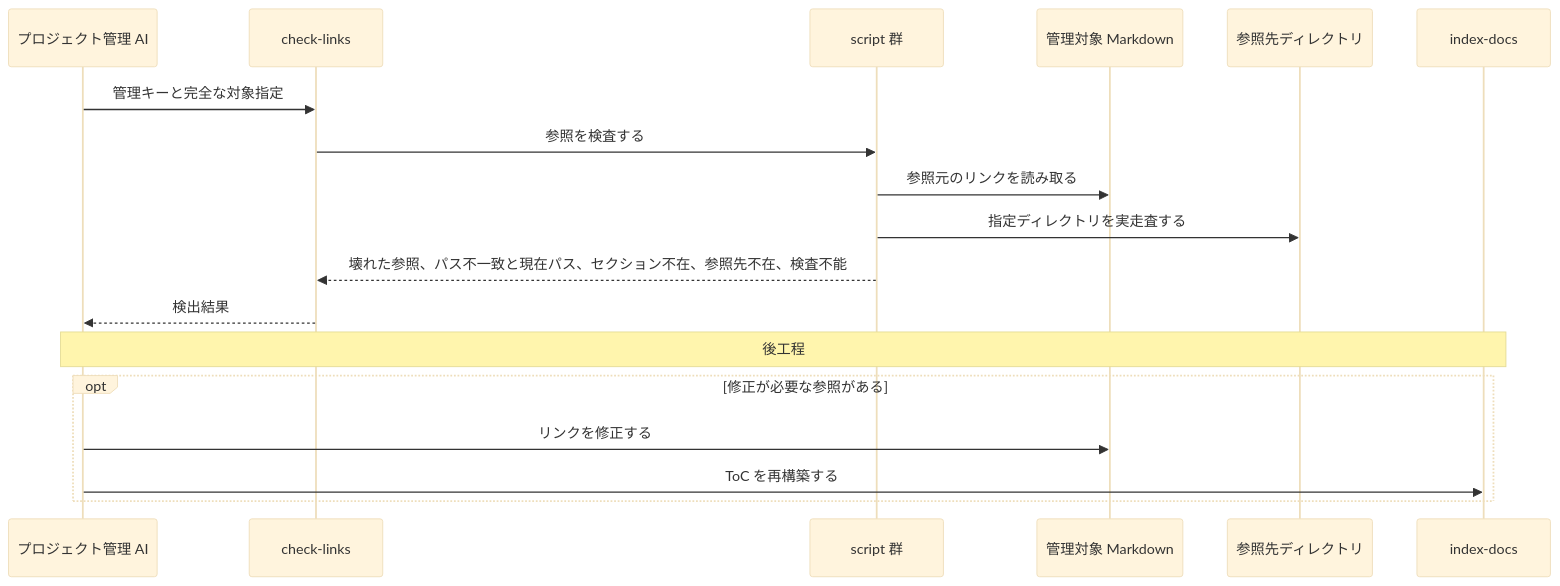
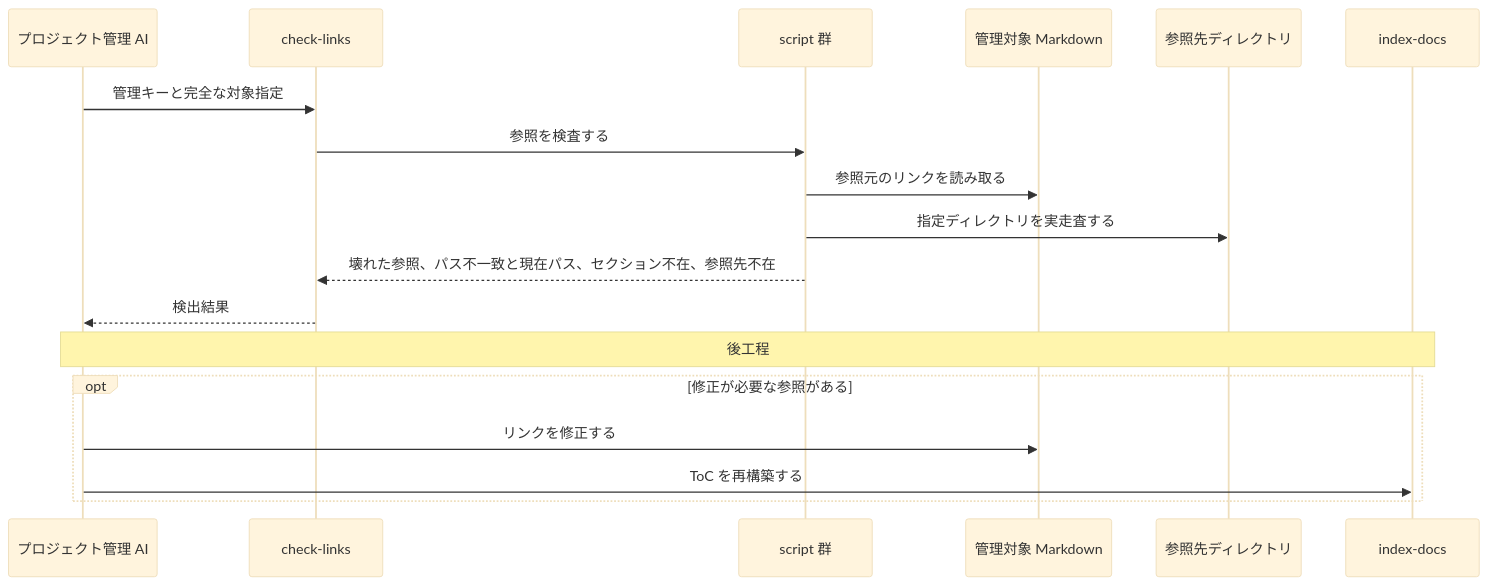
One commit to BlueEventHorizon/doc-link changed the sixth of 8 diagrams in docs/specs/design/DES-010-skill-composition.md. Above: the diagram before and after it, drawn with Mermaid (base theme). The commit also changed other lines of this file and 15 other files, not shown here.

````diff
--- a/docs/specs/design/DES-010-skill-composition.md
+++ b/docs/specs/design/DES-010-skill-composition.md
@@ -263,21 +263,21 @@
 ```mermaid
 sequenceDiagram
     participant PM as プロジェクト管理 AI
     participant Skill as check-links
     participant Scripts as script 群
     participant Docs as 管理対象 Markdown
     participant RefDirs as 参照先ディレクトリ
     participant Index as index-docs
 
     PM->>Skill: 管理キーと完全な対象指定
     Skill->>Scripts: 参照を検査する
     Scripts->>Docs: 参照元のリンクを読み取る
     Scripts->>RefDirs: 指定ディレクトリを実走査する
-    Scripts-->>Skill: 壊れた参照、パス不一致と現在パス、セクション不在、参照先不在、検査不能
+    Scripts-->>Skill: 壊れた参照、パス不一致と現在パス、セクション不在、参照先不在
     Skill-->>PM: 検出結果
     Note over PM,Index: 後工程
     opt 修正が必要な参照がある
         PM->>Docs: リンクを修正する
         PM->>Index: ToC を再構築する
     end
 ```
````
